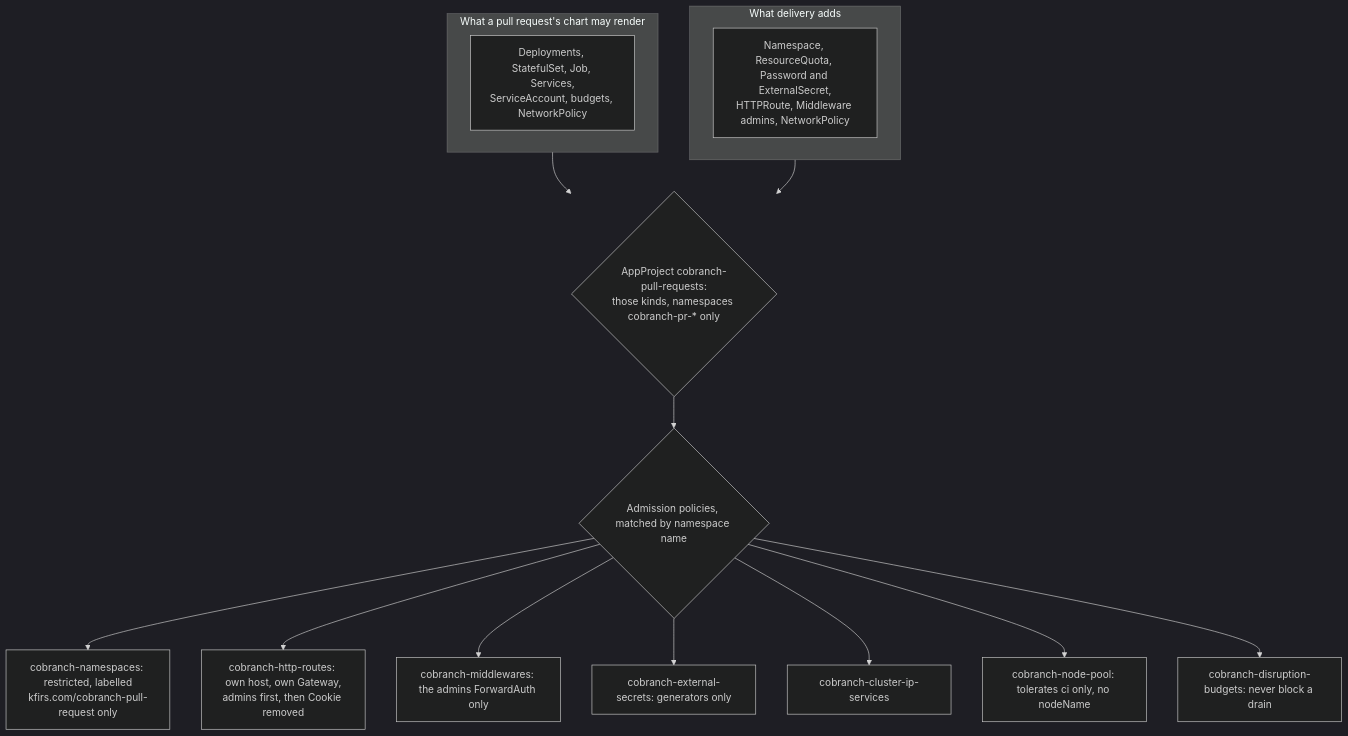
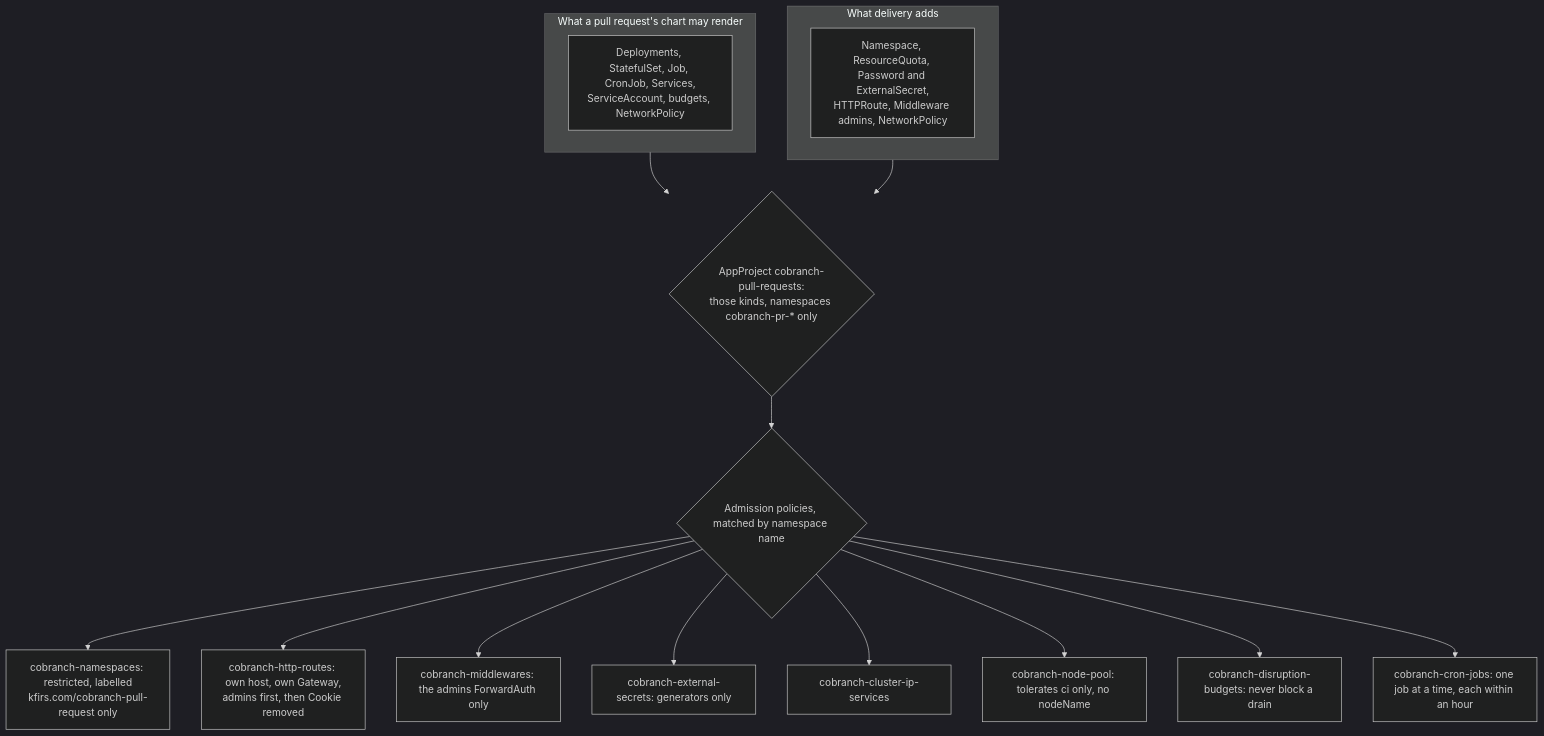
Before and after one commit to arikkfir-org/delivery: the fourth of 4 diagrams in docs/delivery/designs/cobranch-previews.md, drawn with Mermaid (dark theme). The commit also changed other lines of this file and 6 other files, not shown here.

First line of the commit message:
feat(cobranch): admit the chart's maintenance CronJob to the demo and previews

````diff
--- a/docs/delivery/designs/cobranch-previews.md
+++ b/docs/delivery/designs/cobranch-previews.md
@@ -74,19 +74,20 @@
 ```mermaid
 flowchart TB
   subgraph code["What a pull request's chart may render"]
-    K1["Deployments, StatefulSet, Job, Services,<br/>ServiceAccount, budgets, NetworkPolicy"]
+    K1["Deployments, StatefulSet, Job, CronJob, Services,<br/>ServiceAccount, budgets, NetworkPolicy"]
   end
   subgraph hub["What delivery adds"]
     K2["Namespace, ResourceQuota, Password and ExternalSecret,<br/>HTTPRoute, Middleware admins, NetworkPolicy"]
   end
   code --> Proj{"AppProject cobranch-pull-requests:<br/>those kinds, namespaces cobranch-pr-* only"}
   hub --> Proj
   Proj --> Pol{"Admission policies, matched by namespace name"}
   Pol --> P1["cobranch-namespaces: restricted, labelled<br/>kfirs.com/cobranch-pull-request only"]
   Pol --> P2["cobranch-http-routes: own host, own Gateway,<br/>admins first, then Cookie removed"]
   Pol --> P3["cobranch-middlewares: the admins ForwardAuth only"]
   Pol --> P4["cobranch-external-secrets: generators only"]
   Pol --> P5["cobranch-cluster-ip-services"]
   Pol --> P6["cobranch-node-pool: tolerates ci only, no nodeName"]
   Pol --> P7["cobranch-disruption-budgets: never block a drain"]
+  Pol --> P8["cobranch-cron-jobs: one job at a time, each within an hour"]
 ```
````
